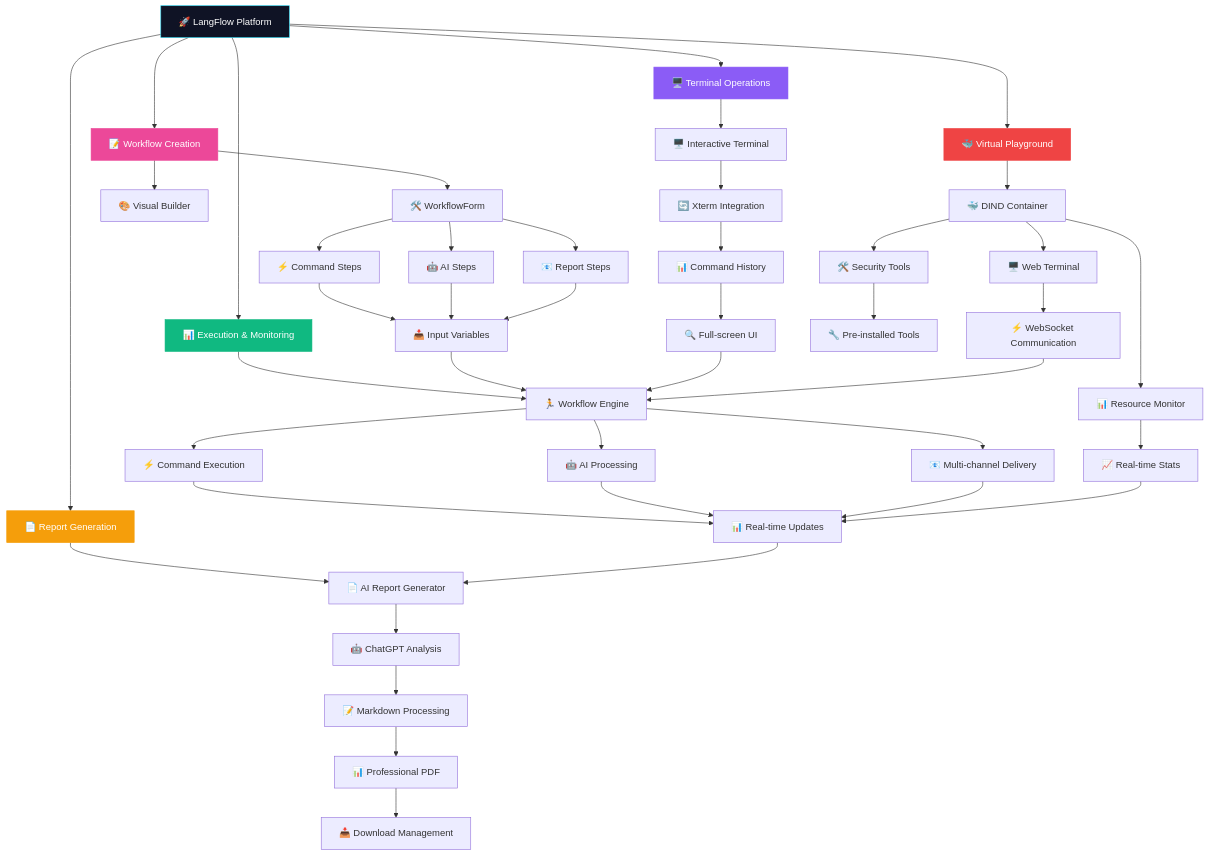
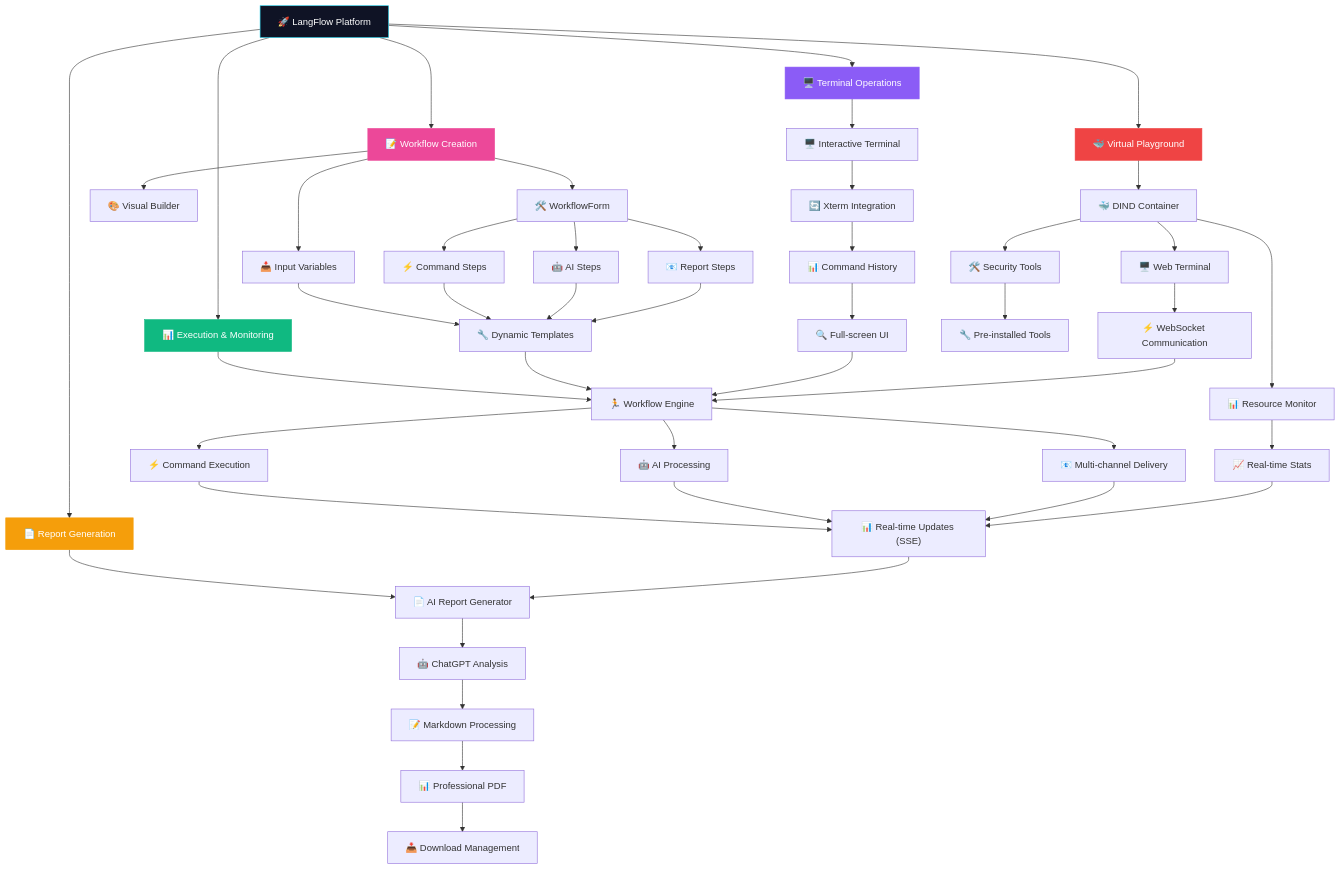
One commit to zakirkun/lang-flow changed the first of 2 diagrams in README.md. Above: the diagram before and after it, drawn with Mermaid. The commit also changed other lines of this file and 25 other files, not shown here.

````diff
--- a/README.md
+++ b/README.md
@@ -85,57 +93,59 @@
 ```mermaid
 graph TB
     A["🚀 LangFlow Platform"] --> B["📝 Workflow Creation"]
     A --> C["📊 Execution & Monitoring"] 
     A --> D["📄 Report Generation"]
     A --> E["🖥️ Terminal Operations"]
     A --> F["🐳 Virtual Playground"]
     
     B --> B1["🛠️ WorkflowForm"]
     B --> B2["🎨 Visual Builder"]
-    B1 --> B3["⚡ Command Steps"]
-    B1 --> B4["🤖 AI Steps"]
-    B1 --> B5["📧 Report Steps"]
-    B3 --> B6["📥 Input Variables"]
-    B4 --> B6
-    B5 --> B6
+    B --> B3["📥 Input Variables"]
+    B1 --> B4["⚡ Command Steps"]
+    B1 --> B5["🤖 AI Steps"]
+    B1 --> B6["📧 Report Steps"]
+    B3 --> B7["🔧 Dynamic Templates"]
+    B4 --> B7
+    B5 --> B7
+    B6 --> B7
     
     C --> C1["🏃 Workflow Engine"]
     C1 --> C2["⚡ Command Execution"]
     C1 --> C3["🤖 AI Processing"]
     C1 --> C4["📧 Multi-channel Delivery"]
-    C2 --> C5["📊 Real-time Updates"]
+    C2 --> C5["📊 Real-time Updates (SSE)"]
     C3 --> C5
     C4 --> C5
     
     D --> D1["📄 AI Report Generator"]
     D1 --> D2["🤖 ChatGPT Analysis"]
     D2 --> D3["📝 Markdown Processing"]
     D3 --> D4["📊 Professional PDF"]
     D4 --> D5["📥 Download Management"]
     
     E --> E1["🖥️ Interactive Terminal"]
     E1 --> E2["🔄 Xterm Integration"]
     E2 --> E3["📊 Command History"]
     E3 --> E4["🔍 Full-screen UI"]
     
     F --> F1["🐳 DIND Container"]
     F1 --> F2["🖥️ Web Terminal"]
     F1 --> F3["📊 Resource Monitor"]
     F1 --> F4["🛠️ Security Tools"]
     F2 --> F5["⚡ WebSocket Communication"]
     F3 --> F6["📈 Real-time Stats"]
     F4 --> F7["🔧 Pre-installed Tools"]
     
-    B6 --> C1
+    B7 --> C1
     C5 --> D1
     E4 --> C1
     F5 --> C1
     F6 --> C5
     
     style A fill:#0f1325,stroke:#22d3ee,color:#fff
     style B fill:#ec4899,stroke:#ec4899,color:#fff
     style C fill:#10b981,stroke:#10b981,color:#fff
     style D fill:#f59e0b,stroke:#f59e0b,color:#fff
     style E fill:#8b5cf6,stroke:#8b5cf6,color:#fff
     style F fill:#ef4444,stroke:#ef4444,color:#fff
 ```
````
